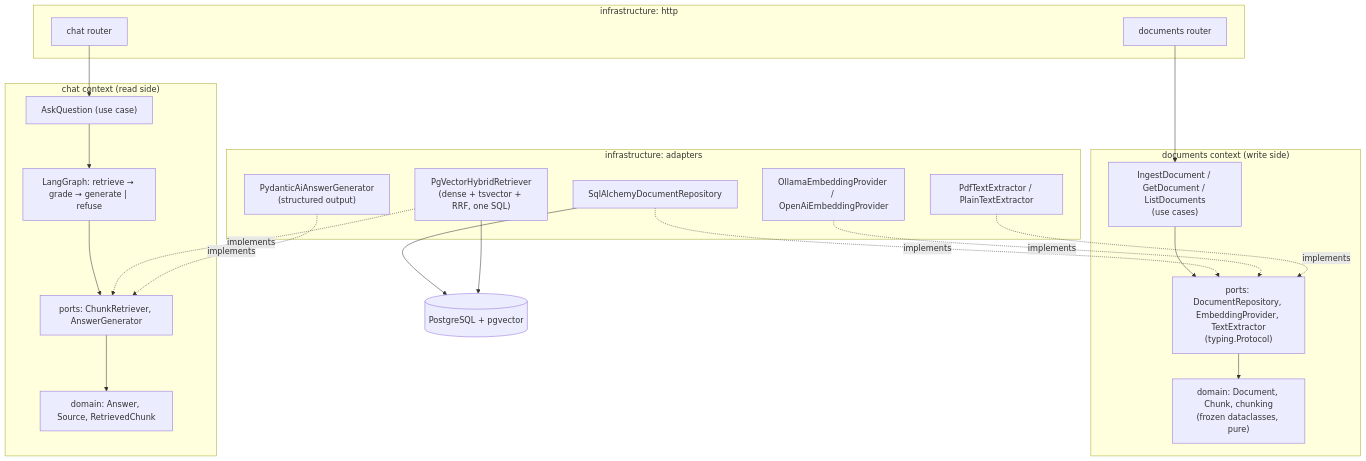
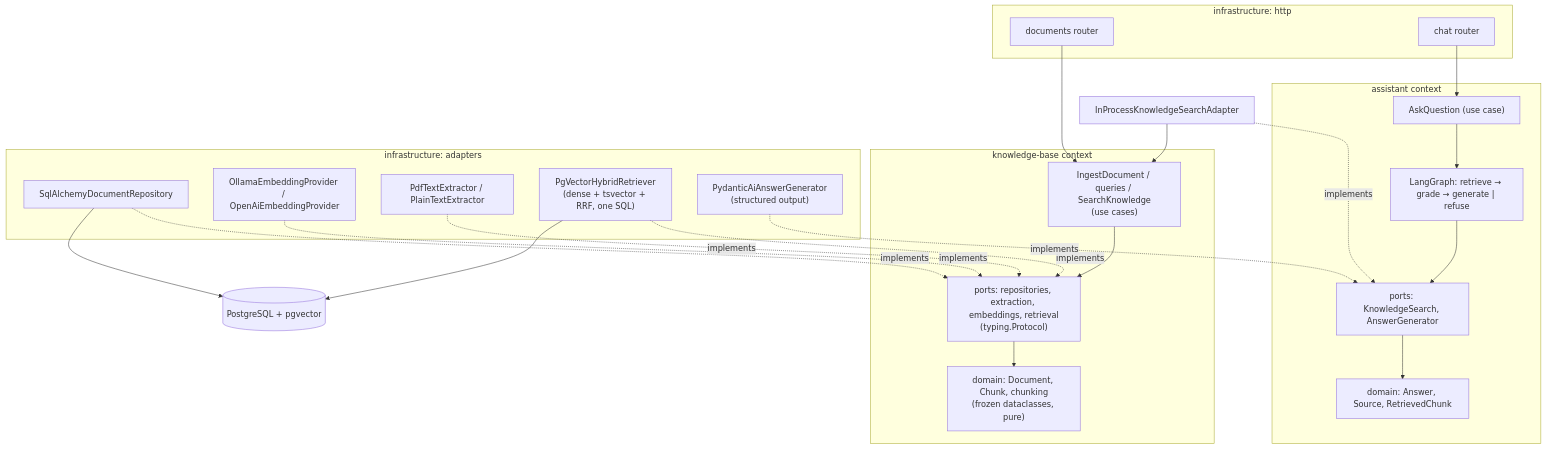
One commit to victormartingil/fastapi-langgraph-rag-hexagonal changed the first of 2 diagrams in README.md. Above: the diagram before and after it, drawn with Mermaid. The commit also changed other lines of this file and 102 other files, not shown here.

````diff
--- a/README.md
+++ b/README.md
@@ -76,42 +77,44 @@
 ```mermaid
 flowchart TB
     subgraph HTTP["infrastructure: http"]
         DR["documents router"]
         CR["chat router"]
     end
 
-    subgraph DOC["documents context (write side)"]
-        DUC["IngestDocument / GetDocument / ListDocuments<br/>(use cases)"]
-        DP["ports: DocumentRepository, EmbeddingProvider, TextExtractor<br/>(typing.Protocol)"]
+    subgraph DOC["knowledge-base context"]
+        DUC["IngestDocument / queries / SearchKnowledge<br/>(use cases)"]
+        DP["ports: repositories, extraction, embeddings, retrieval<br/>(typing.Protocol)"]
         DD["domain: Document, Chunk, chunking<br/>(frozen dataclasses, pure)"]
         DUC --> DP --> DD
     end
 
-    subgraph CHAT["chat context (read side)"]
+    subgraph CHAT["assistant context"]
         AQS["AskQuestion (use case)"]
         G["LangGraph: retrieve → grade → generate | refuse"]
-        CP["ports: ChunkRetriever, AnswerGenerator"]
+        CP["ports: KnowledgeSearch, AnswerGenerator"]
         CD["domain: Answer, Source, RetrievedChunk"]
         AQS --> G --> CP --> CD
     end
 
     subgraph ADAPTERS["infrastructure: adapters"]
         REPO["SqlAlchemyDocumentRepository"]
         EMB["OllamaEmbeddingProvider / OpenAiEmbeddingProvider"]
         EXT["PdfTextExtractor / PlainTextExtractor"]
         RET["PgVectorHybridRetriever<br/>(dense + tsvector + RRF, one SQL)"]
         LLM["PydanticAiAnswerGenerator<br/>(structured output)"]
     end
 
     DR --> DUC
     CR --> AQS
     REPO -.implements.-> DP
     EMB -.implements.-> DP
     EXT -.implements.-> DP
-    RET -.implements.-> CP
+    RET -.implements.-> DP
+    BRIDGE["InProcessKnowledgeSearchAdapter"] -.implements.-> CP
+    BRIDGE --> DUC
     LLM -.implements.-> CP
 
     DB[("PostgreSQL + pgvector")]
     REPO --> DB
     RET --> DB
 ```
````
